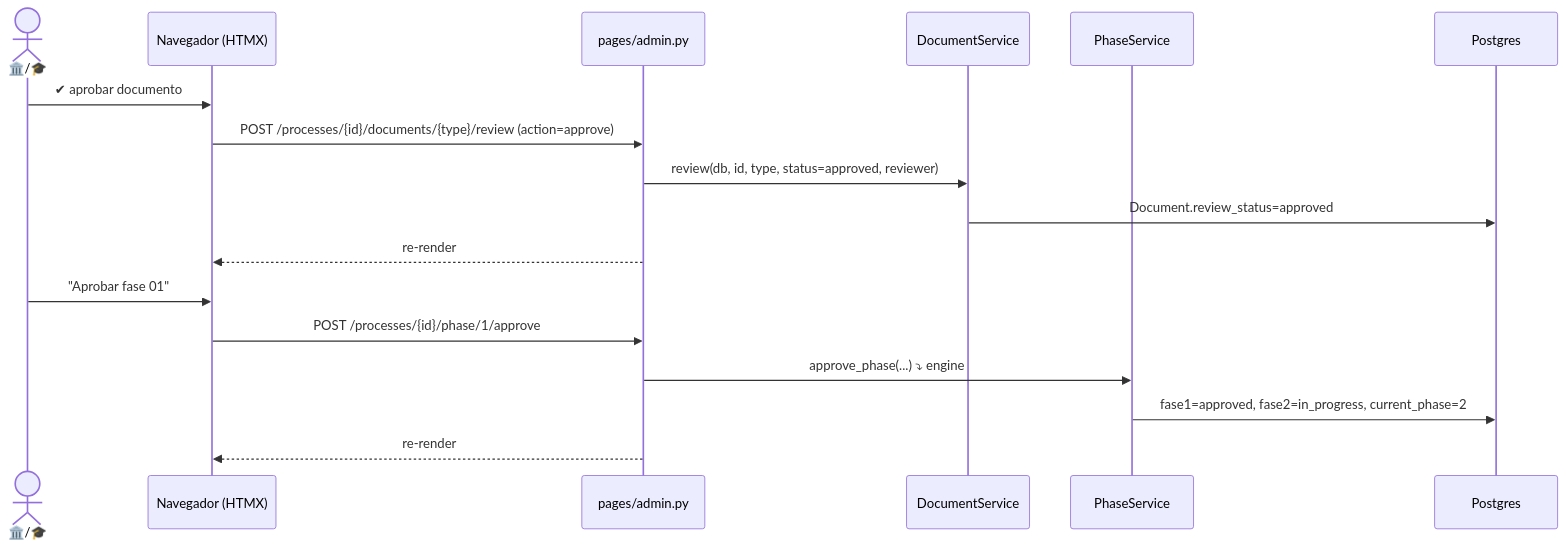
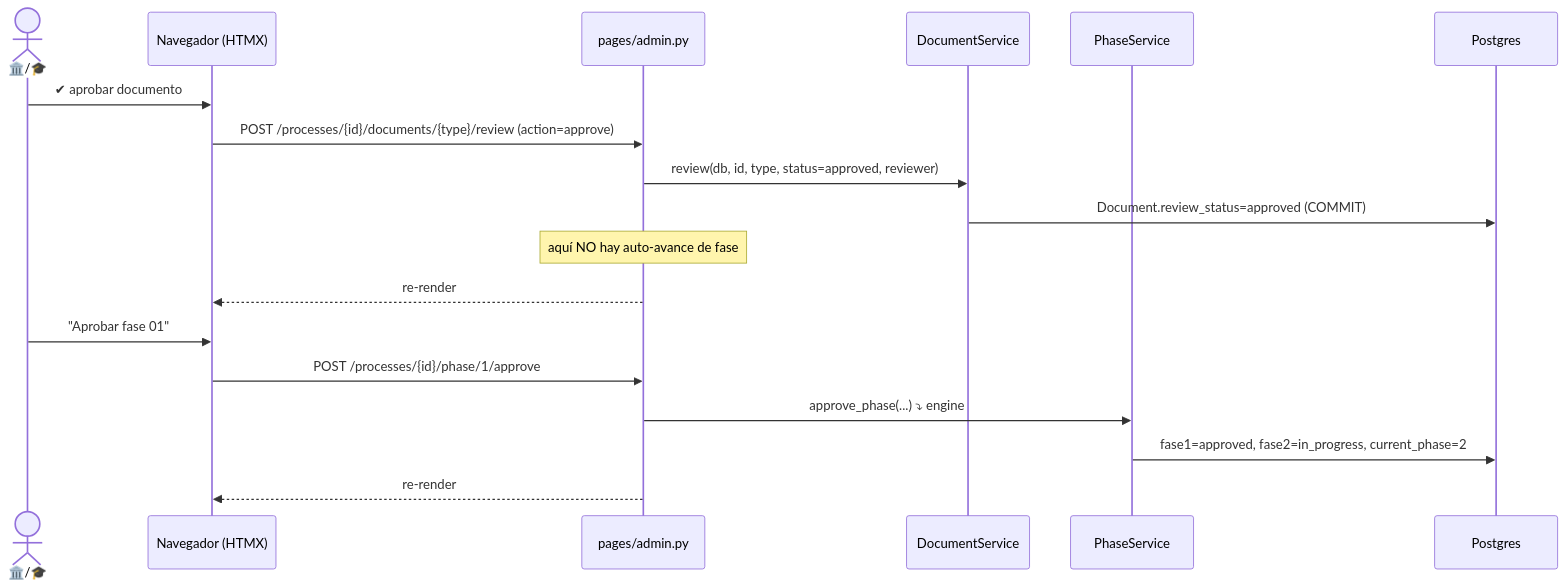
The diagram in itcj2/apps/titulatec/docs/flows/phase1_admin_review_initial_docs.md (Erne1357/itcj), drawn with Mermaid before and after one commit. The commit also changed other lines of this file and 14 other files, not shown here.

````diff
--- a/itcj2/apps/titulatec/docs/flows/phase1_admin_review_initial_docs.md
+++ b/itcj2/apps/titulatec/docs/flows/phase1_admin_review_initial_docs.md
@@ -23,19 +34,20 @@
 ```mermaid
 sequenceDiagram
     actor A as 🏛️/🎓
     participant FE as Navegador (HTMX)
     participant API as pages/admin.py
     participant DS as DocumentService
     participant PS as PhaseService
     participant DB as Postgres
     A->>FE: ✔ aprobar documento
     FE->>API: POST /processes/{id}/documents/{type}/review (action=approve)
     API->>DS: review(db, id, type, status=approved, reviewer)
-    DS->>DB: Document.review_status=approved
+    DS->>DB: Document.review_status=approved (COMMIT)
+    Note over API: aquí NO hay auto-avance de fase
     API-->>FE: re-render #process-detail
     A->>FE: "Aprobar fase 01"
     FE->>API: POST /processes/{id}/phase/1/approve
     API->>PS: approve_phase(...)  ⤵ engine
     PS->>DB: fase1=approved, fase2=in_progress, current_phase=2
     API-->>FE: re-render #process-detail
 ```
````
